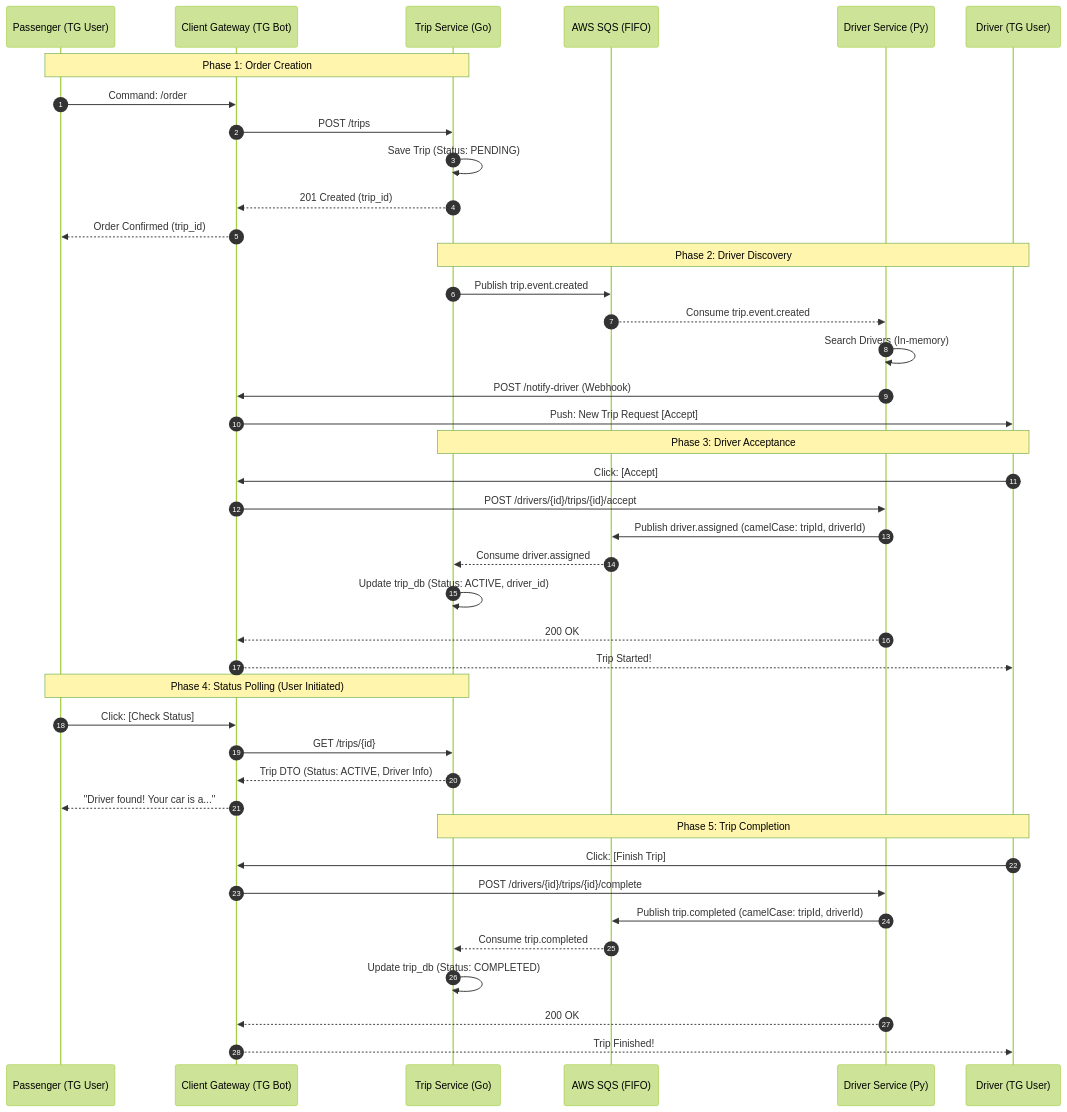
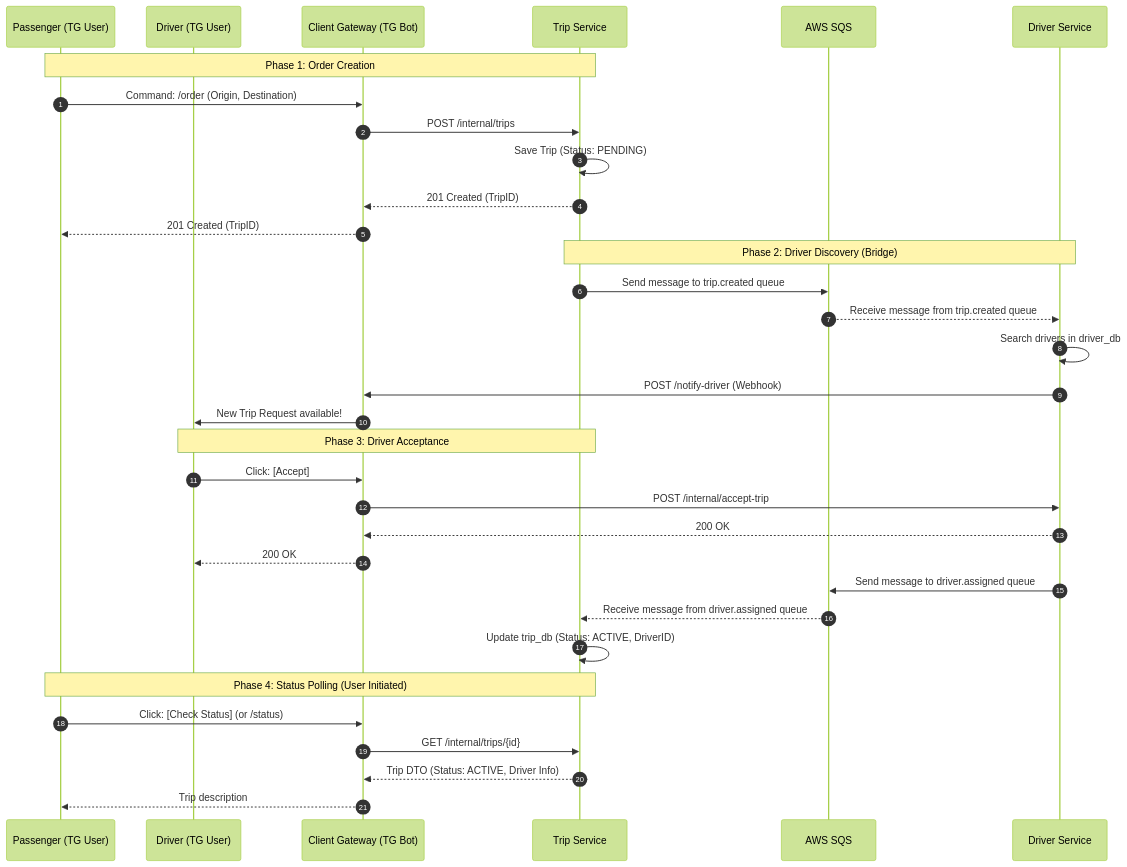
One commit to UA-4697-DevOps/drive-ops changed the diagram in ai.md. Above: the diagram before and after it, drawn with Mermaid (forest theme). The commit also changed other lines of this file and 3 other files, not shown here.

````diff
--- a/ai.md
+++ b/ai.md
@@ -38,48 +38,40 @@
 ```mermaid
 sequenceDiagram
     autonumber
     participant P as Passenger (TG User)
+    participant D as Driver (TG User)
     participant CG as Client Gateway (TG Bot)
-    participant TS as Trip Service (Go)
-    participant SQS as AWS SQS (FIFO)
-    participant DS as Driver Service (Py)
-    participant D as Driver (TG User)
+    participant TS as Trip Service
+    participant SQS as AWS SQS
+    participant DS as Driver Service
 
     Note over P, TS: Phase 1: Order Creation
-    P->>CG: Command: /order
-    CG->>TS: POST /trips
+    P->>CG: Command: /order (Origin, Destination)
+    CG->>TS: POST /internal/trips
     TS->>TS: Save Trip (Status: PENDING)
-    TS-->>CG: 201 Created (trip_id)
-    CG-->>P: Order Confirmed (trip_id)
+    TS-->>CG: 201 Created (TripID)
+    CG-->>P: 201 Created (TripID)
 
-    Note over TS, D: Phase 2: Driver Discovery
-    TS->>SQS: Publish trip.event.created
-    SQS-->>DS: Consume trip.event.created
-    DS->>DS: Search Drivers (In-memory)
+    Note over TS, DS: Phase 2: Driver Discovery (Bridge)
+    TS->>SQS: Send message to trip.created queue
+    SQS-->>DS: Receive message from trip.created queue
+    DS->>DS: Search drivers in driver_db
     DS->>CG: POST /notify-driver (Webhook)
-    CG->>D: Push: New Trip Request [Accept]
+    CG->>D: New Trip Request available!
 
     Note over D, TS: Phase 3: Driver Acceptance
     D->>CG: Click: [Accept]
-    CG->>DS: POST /drivers/{id}/trips/{id}/accept
-    DS->>SQS: Publish driver.assigned (camelCase: tripId, driverId)
-    SQS-->>TS: Consume driver.assigned
-    TS->>TS: Update trip_db (Status: ACTIVE, driver_id)
+    CG->>DS: POST /internal/accept-trip
     DS-->>CG: 200 OK
-    CG-->>D: Trip Started!
+    CG-->>D: 200 OK
+    
+    DS->>SQS: Send message to driver.assigned queue
+    SQS-->>TS: Receive message from driver.assigned queue
+    TS->>TS: Update trip_db (Status: ACTIVE, DriverID)
 
     Note over P, TS: Phase 4: Status Polling (User Initiated)
-    P->>CG: Click: [Check Status]
-    CG->>TS: GET /trips/{id}
+    P->>CG: Click: [Check Status] (or /status)
+    CG->>TS: GET /internal/trips/{id}
     TS-->>CG: Trip DTO (Status: ACTIVE, Driver Info)
-    CG-->>P: "Driver found! Your car is a..."
-
-    Note over D, TS: Phase 5: Trip Completion
-    D->>CG: Click: [Finish Trip]
-    CG->>DS: POST /drivers/{id}/trips/{id}/complete
-    DS->>SQS: Publish trip.completed (camelCase: tripId, driverId)
-    SQS-->>TS: Consume trip.completed
-    TS->>TS: Update trip_db (Status: COMPLETED)
-    DS-->>CG: 200 OK
-    CG-->>D: Trip Finished!
+    CG-->>P: Trip description
 ```
````
